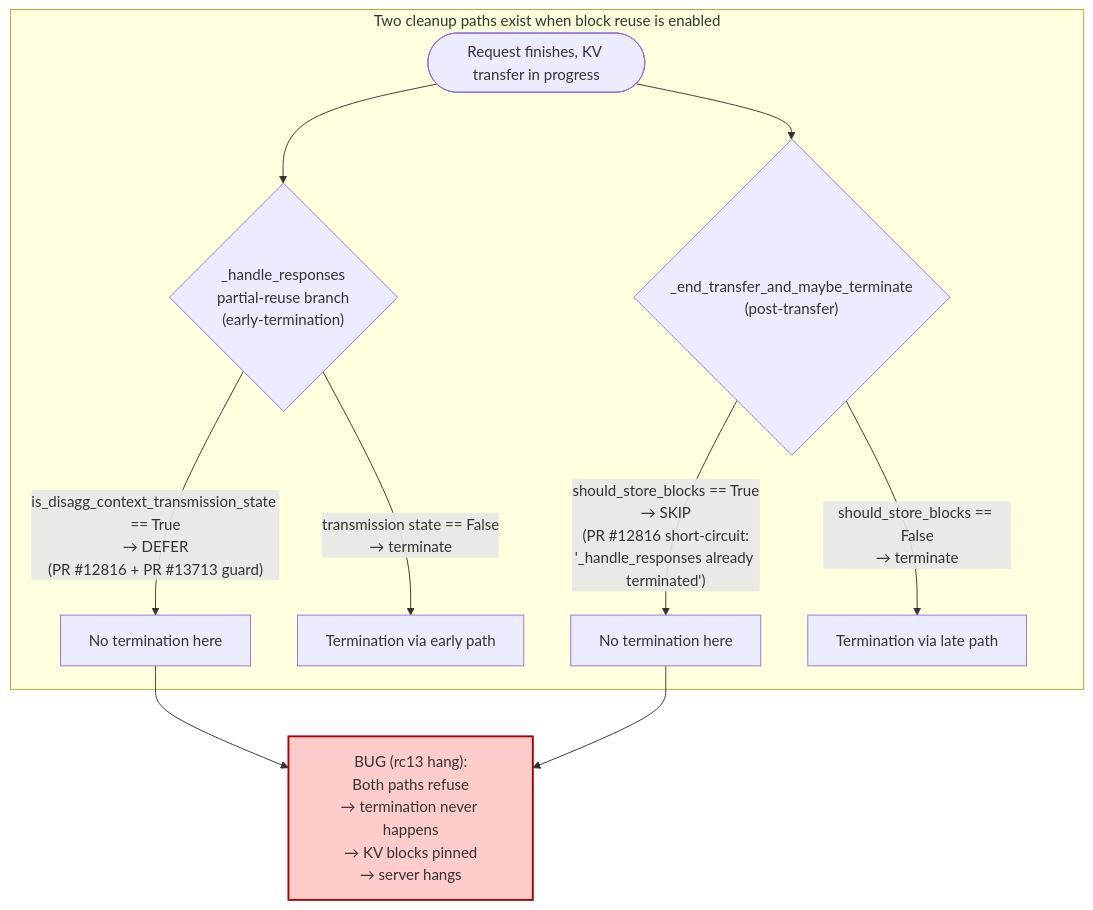
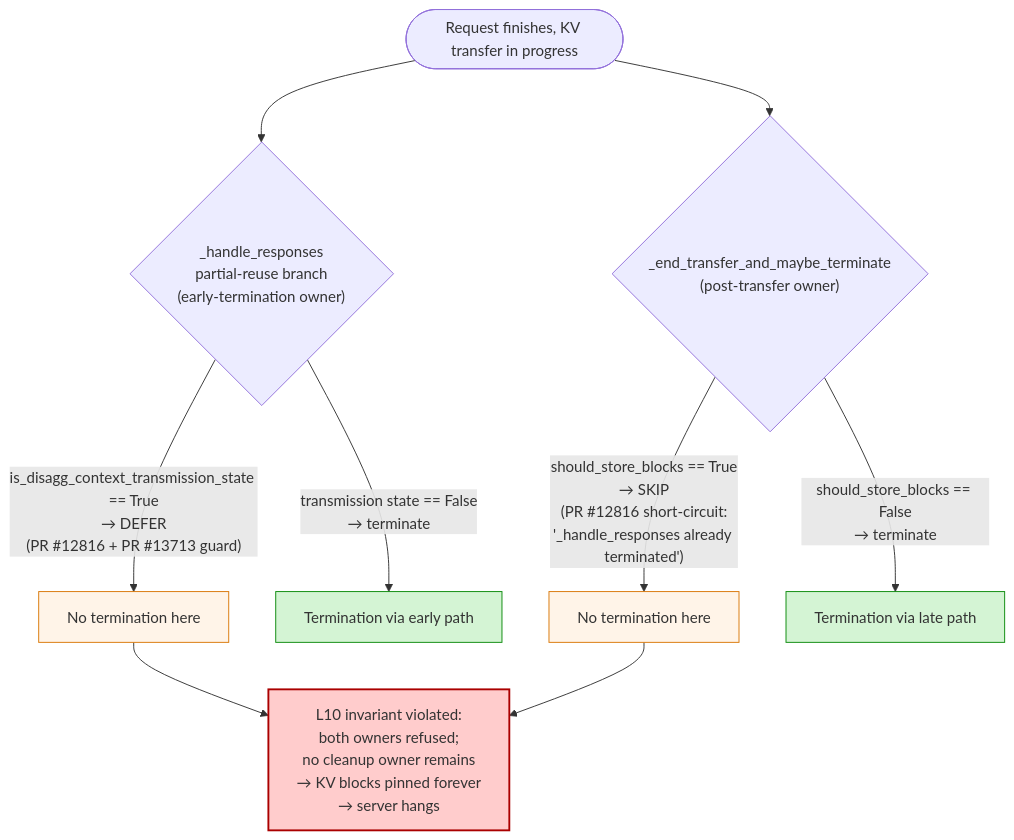
Before and after one commit to chienchunhung/TensorRT-LLM: the third of 6 diagrams in docs/investigations/nvbug-6104831-disagg-permanent-wedge/09-executive-summary-rc11-to-rc13.md, drawn with Mermaid. The commit also changed other lines of this file, not shown here.

First line of the commit message:
[https://nvbugs/6104831][docs] Make exec summary self-contained; add cancellation/cleanup invariants

````diff
--- a/docs/investigations/nvbug-6104831-disagg-permanent-wedge/09-executive-summary-rc11-to-rc13.md
+++ b/docs/investigations/nvbug-6104831-disagg-permanent-wedge/09-executive-summary-rc11-to-rc13.md
@@ -190,18 +240,18 @@
 ```mermaid
 flowchart TB
-    subgraph "Two cleanup paths exist when block reuse is enabled"
-        START(["Request finishes, KV transfer in progress"]) --> EARLY{"_handle_responses<br/>partial-reuse branch<br/>(early-termination)"}
-        START --> LATE{"_end_transfer_and_maybe_terminate<br/>(post-transfer)"}
+    START(["Request finishes, KV transfer in progress"]) --> EARLY{"_handle_responses<br/>partial-reuse branch<br/>(early-termination owner)"}
+    START --> LATE{"_end_transfer_and_maybe_terminate<br/>(post-transfer owner)"}
 
-        EARLY -->|"is_disagg_context_transmission_state == True<br/>→ DEFER<br/>(PR #12816 + PR #13713 guard)"| EARLY_DEFER["No termination here"]
-        EARLY -->|"transmission state == False<br/>→ terminate"| EARLY_TERM["Termination via early path"]
+    EARLY -->|"is_disagg_context_transmission_state == True<br/>→ DEFER<br/>(PR #12816 + PR #13713 guard)"| EARLY_DEFER["No termination here"]:::skip
+    EARLY -->|"transmission state == False<br/>→ terminate"| EARLY_TERM["Termination via early path"]:::ok
 
-        LATE -->|"should_store_blocks == True<br/>→ SKIP<br/>(PR #12816 short-circuit:<br/>'_handle_responses already terminated')"| LATE_SKIP["No termination here"]
-        LATE -->|"should_store_blocks == False<br/>→ terminate"| LATE_TERM["Termination via late path"]
-    end
+    LATE -->|"should_store_blocks == True<br/>→ SKIP<br/>(PR #12816 short-circuit:<br/>'_handle_responses already terminated')"| LATE_SKIP["No termination here"]:::skip
+    LATE -->|"should_store_blocks == False<br/>→ terminate"| LATE_TERM["Termination via late path"]:::ok
 
-    EARLY_DEFER --> BUG["BUG (rc13 hang):<br/>Both paths refuse<br/>→ termination never happens<br/>→ KV blocks pinned<br/>→ server hangs"]:::bug
+    EARLY_DEFER --> BUG["L10 invariant violated:<br/>both owners refused;<br/>no cleanup owner remains<br/>→ KV blocks pinned forever<br/>→ server hangs"]:::bug
     LATE_SKIP --> BUG
 
+    classDef skip fill:#fff4e8,stroke:#d97706
+    classDef ok fill:#d4f4d4,stroke:#0a8a0a
     classDef bug fill:#fcc,stroke:#a00,stroke-width:2px
 ```
````
